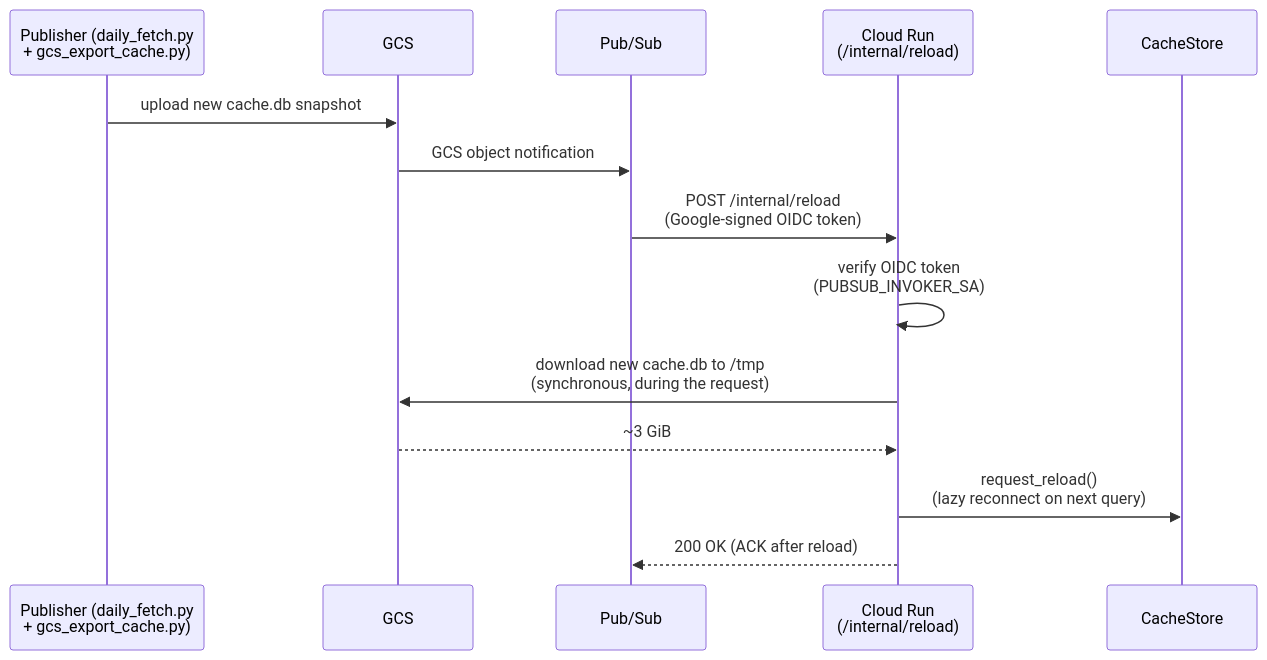
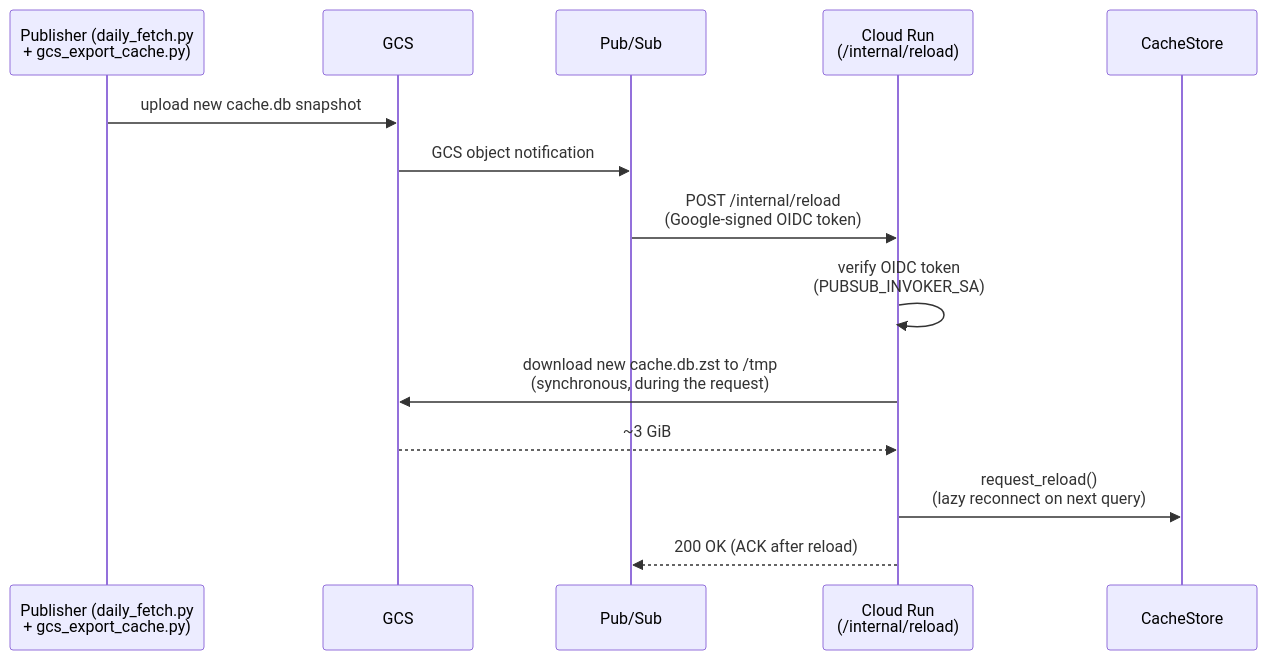
The third of 4 diagrams in README.md (shigechika/jquants-mcp), drawn with Mermaid before and after one commit. The commit also changed other lines of this file and 4 other files, not shown here.

First line of the commit message:
feat(cloudrun): publish cache.db.zst (zstd) for faster cold start (#462)

````diff
--- a/README.md
+++ b/README.md
@@ -942,17 +943,17 @@
 ```mermaid
 sequenceDiagram
     participant P as Publisher (daily_fetch.py<br/>+ gcs_export_cache.py)
     participant G as GCS
     participant PS as Pub/Sub
     participant CR as Cloud Run<br/>(/internal/reload)
     participant C as CacheStore
 
     P->>G: upload new cache.db snapshot
     G->>PS: GCS object notification
     PS->>CR: POST /internal/reload<br/>(Google-signed OIDC token)
     CR->>CR: verify OIDC token<br/>(PUBSUB_INVOKER_SA)
-    CR->>G: download new cache.db to /tmp<br/>(synchronous, during the request)
+    CR->>G: download new cache.db.zst to /tmp<br/>(synchronous, during the request)
     G-->>CR: ~3 GiB
     CR->>C: request_reload()<br/>(lazy reconnect on next query)
     CR-->>PS: 200 OK (ACK after reload)
 ```
````
